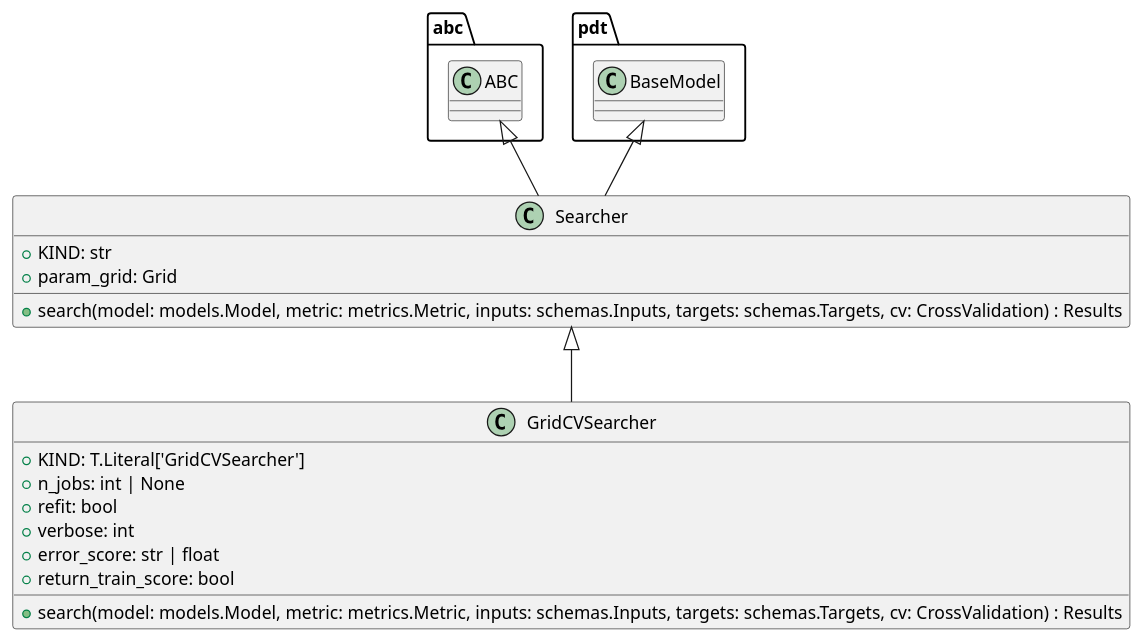
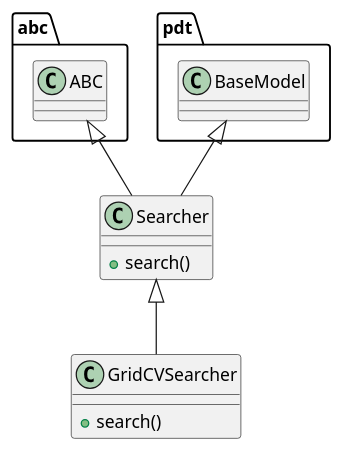
Before and after one commit to lgcorzo/llmops-python-package: the diagram in openwiki/src/autogen_team/infrastructure/utils/searchers.md, drawn with PlantUML. The commit also changed other lines of this file and 77 other files, not shown here.

````diff
--- a/openwiki/src/autogen_team/infrastructure/utils/searchers.md
+++ b/openwiki/src/autogen_team/infrastructure/utils/searchers.md
@@ -56,21 +152,13 @@
 ```plantuml
 @startuml
-    abc.ABC <|-- Searcher
-    pdt.BaseModel <|-- Searcher
-    class Searcher {
-        +KIND: str
-        +param_grid: Grid
-        +search(model: models.Model, metric: metrics.Metric, inputs: schemas.Inputs, targets: schemas.Targets, cv: CrossValidation) : Results
-    }
-    Searcher <|-- GridCVSearcher
-    class GridCVSearcher {
-        +KIND: T.Literal['GridCVSearcher']
-        +n_jobs: int | None
-        +refit: bool
-        +verbose: int
-        +error_score: str | float
-        +return_train_score: bool
-        +search(model: models.Model, metric: metrics.Metric, inputs: schemas.Inputs, targets: schemas.Targets, cv: CrossValidation) : Results
-    }
+class Searcher {
+  + search()
+}
+abc.ABC <|-- Searcher
+pdt.BaseModel <|-- Searcher
+class GridCVSearcher {
+  + search()
+}
+Searcher <|-- GridCVSearcher
 @enduml
 ```
````
